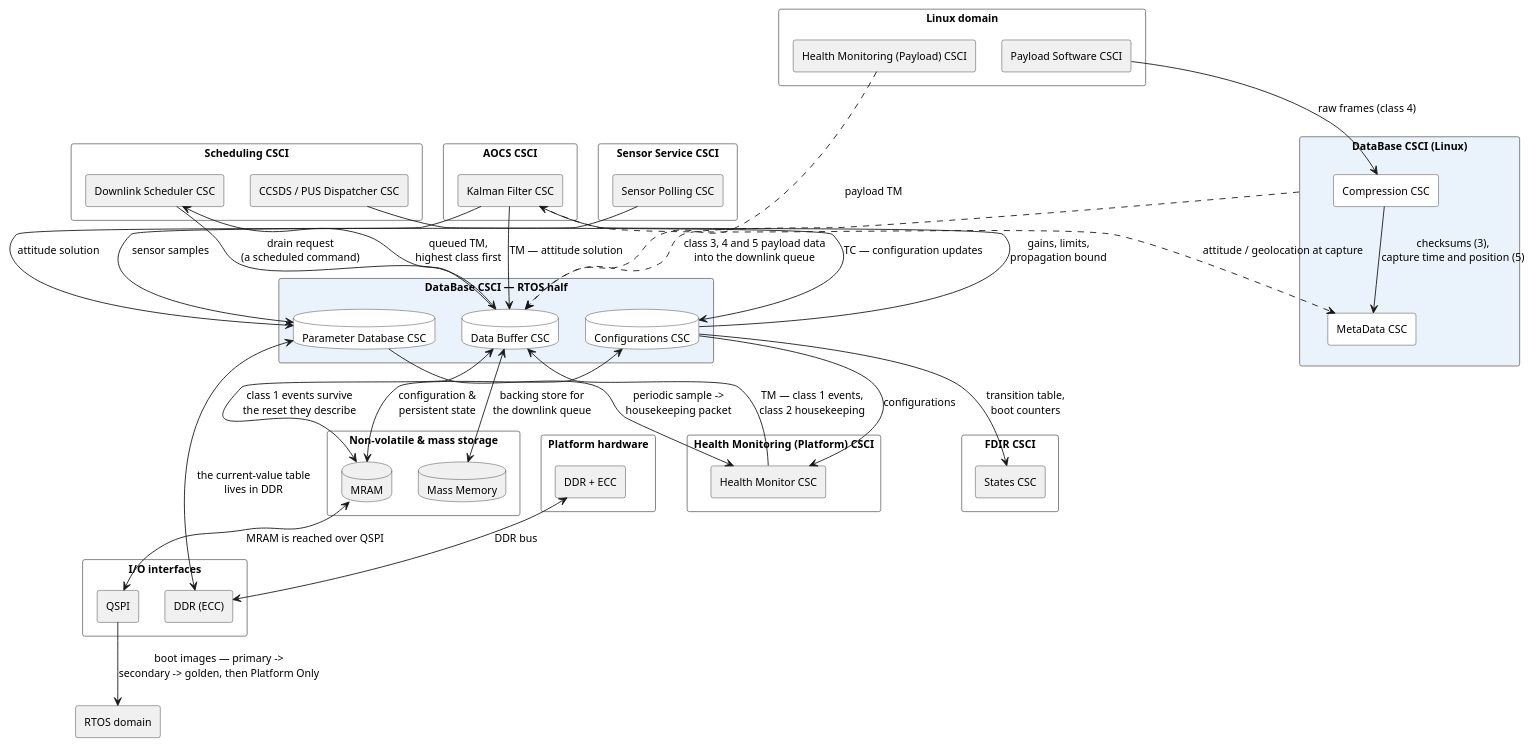
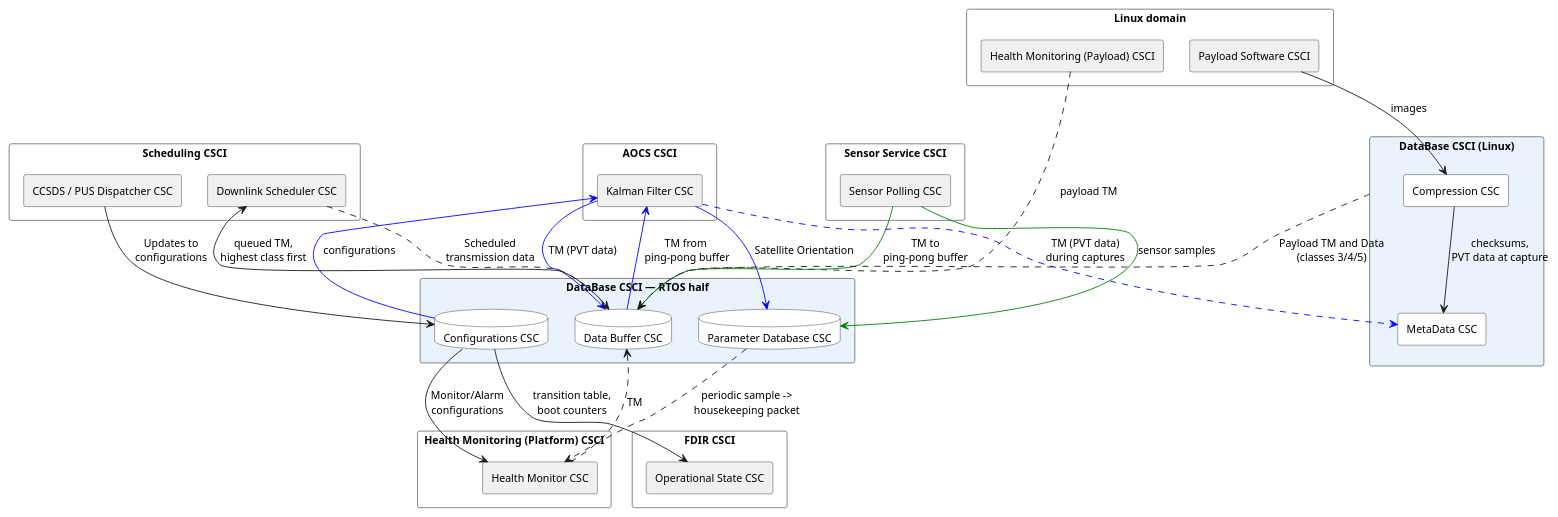
One commit to seapit/urban-memory changed the diagram in docs/puml/obc-csci-database.puml. Above: the diagram before and after it, drawn with PlantUML. The commit also changed 8 other files, not shown here.

Commit message:
Update plantuml sources, add linux-domain database diagram

```diff
--- a/docs/puml/obc-csci-database.puml
+++ b/docs/puml/obc-csci-database.puml
@@ -1,99 +1,73 @@
 @startuml
-' DataBase CSCI — the CSCI in full, with every relation that crosses its boundary.
-' Everything drawn in grey is context: it is shown only far enough to say what
-' this CSCI talks to. The whole picture is in obc-csci-full.puml.
-' GENERATED from obc-csci-full.puml — edit that file, then re-run split.py.
-
 skinparam componentStyle rectangle
 skinparam packageStyle rectangle
 skinparam shadowing false
 skinparam nodesep 30
 skinparam ranksep 58
 skinparam defaultFontSize 12
 skinparam wrapWidth 240
 skinparam package {
   BackgroundColor #FFFFFF
   BorderColor #777777
 }
 skinparam component {
   BackgroundColor #FFFFFF
   BorderColor #333333
 }
 skinparam database {
   BackgroundColor #FFFFFF
   BorderColor #333333
 }
 
-' ---------------------------------------------- the CSCI under view
 package "DataBase CSCI — RTOS half" as DBRT #EAF2FB {
   database "Data Buffer CSC" as DBUF
   database "Parameter Database CSC" as PDB
   database "Configurations CSC" as CFG
 }
 package "DataBase CSCI (Linux)" as DBLX #EAF2FB {
   component "Compression CSC" as COMP
   component "MetaData CSC" as META
 }
 
-' ---------------------------------------------- context only
 package "Scheduling CSCI" as SCHED {
   component "CCSDS / PUS Dispatcher CSC" as CCSDS #F0F0F0
   component "Downlink Scheduler CSC" as DLSCHED #F0F0F0
 }
 package "FDIR CSCI" as FDIR {
-  component "States CSC" as STATES #F0F0F0
+  component "Operational State CSC" as STATES #F0F0F0
 }
 package "AOCS CSCI" as AOCS {
   component "Kalman Filter CSC" as FILTER #F0F0F0
 }
 package "Health Monitoring (Platform) CSCI" as HM {
   component "Health Monitor CSC" as HMON #F0F0F0
 }
 package "Sensor Service CSCI" as SENS {
   component "Sensor Polling CSC" as POLL #F0F0F0
 }
-package "Non-volatile & mass storage" as STORE {
-  database "Mass Memory" as MASS #F0F0F0
-  database "MRAM" as MRAM #F0F0F0
-}
-package "I/O interfaces" as IFACE {
-  component "DDR (ECC)" as DDRIF #F0F0F0
-  component "QSPI" as QSPI #F0F0F0
-}
 package "Linux domain" as LINDOM {
   component "Payload Software CSCI" as PAY #F0F0F0
   component "Health Monitoring (Payload) CSCI" as PHM #F0F0F0
 }
-package "Platform hardware" as PHW {
-  component "DDR + ECC" as DDR #F0F0F0
-}
-component "RTOS domain" as RTOSDOM #F0F0F0
 
-' ---------------------------------------------- inside the CSCI
-COMP --> META : checksums (3),\ncapture time and position (5)
+COMP --> META : checksums,\nPVT data at capture
 
-' ---------------------------------------------- across its boundary
-FILTER --> DBUF : TM — attitude solution
-HMON --> DBUF : TM — class 1 events,\nclass 2 housekeeping
+FILTER -[#blue]-> DBUF : TM (PVT data)
+HMON ..> DBUF : TM
 PHM ..> DBUF : payload TM
-DLSCHED --> DBUF : drain request\n(a scheduled command)
+DLSCHED ..> DBUF : Scheduled\ntransmission data
 DBUF --> DLSCHED : queued TM,\nhighest class first
-CCSDS --> CFG : TC — configuration updates
+CCSDS --> CFG : Updates to\nconfigurations
 CFG --> STATES : transition table,\nboot counters
-CFG --> FILTER : gains, limits,\npropagation bound
-CFG --> HMON : configurations
-PDB --> HMON : periodic sample ->\nhousekeeping packet
-FILTER --> PDB : attitude solution
-POLL --> PDB : sensor samples
-DBUF <--> MASS : backing store for\nthe downlink queue
-DBUF <--> MRAM : class 1 events survive\nthe reset they describe
-CFG <--> MRAM : configuration &\npersistent state
-PDB <--> DDRIF : the current-value table\nlives in DDR
-PAY --> COMP : raw frames (class 4)
-FILTER ..> META : attitude / geolocation at capture
-DBLX ..> DBUF : class 3, 4 and 5 payload data\ninto the downlink queue
-MRAM <--> QSPI : MRAM is reached over QSPI
-DDR <--> DDRIF : DDR bus
-QSPI --> RTOSDOM : boot images — primary ->\nsecondary -> golden, then Platform Only
+CFG -[#blue]-> FILTER : configurations
+CFG --> HMON : Monitor/Alarm\nconfigurations
+PDB ..> HMON : periodic sample ->\nhousekeeping packet
+FILTER -[#blue]-> PDB : Satellite Orientation
+POLL -[#green]-> DBUF : TM to\nping-pong buffer
+DBUF -[#blue]-> FILTER : TM from\n ping-pong buffer
+POLL -[#green]-> PDB : sensor samples
+PAY --> COMP : images
+FILTER .[#blue].> META : TM (PVT data)\nduring captures
+DBLX ..> DBUF : Payload TM and Data\n(classes 3/4/5)
 
 @enduml
```
